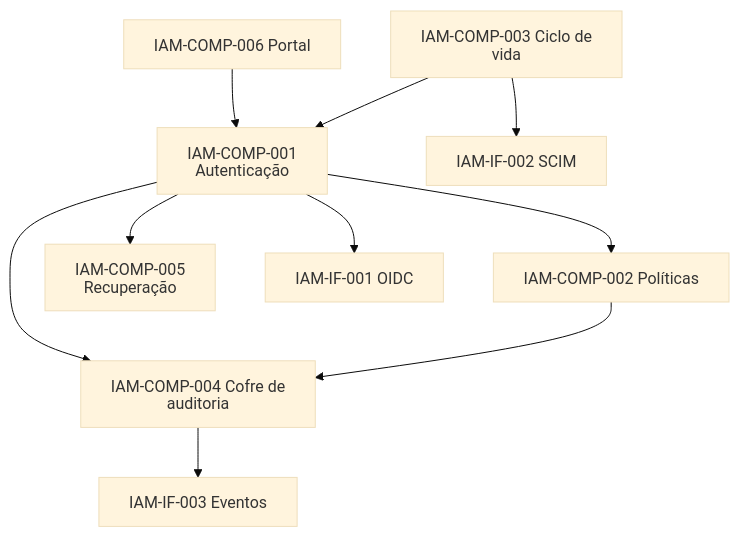
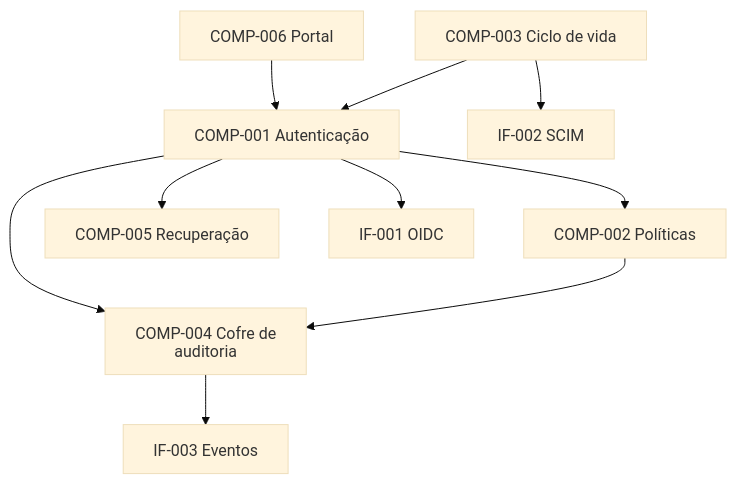
One commit to lsbjordao/quarto-needs changed the second of 3 diagrams in examples/book/diagrams.qmd. Above: the diagram before and after it, drawn with Mermaid (base theme). The commit also changed other lines of this file, not shown here.

Commit message:
docs: remove redundant IAM prefixes from diagrams

````diff
--- a/examples/book/diagrams.qmd
+++ b/examples/book/diagrams.qmd
@@ -17,13 +17,13 @@
 ```{mermaid}
 %%{init: {"htmlLabels": false, "flowchart": {"htmlLabels": false}}}%%
 flowchart TB
-  Portal[IAM-COMP-006 Portal] --> Auth[IAM-COMP-001 Autenticação]
-  Auth --> Policy[IAM-COMP-002 Políticas]
-  Life[IAM-COMP-003 Ciclo de vida] --> Auth
-  Auth --> Recovery[IAM-COMP-005 Recuperação]
-  Auth --> Audit[IAM-COMP-004 Cofre de auditoria]
+  Portal[COMP-006 Portal] --> Auth[COMP-001 Autenticação]
+  Auth --> Policy[COMP-002 Políticas]
+  Life[COMP-003 Ciclo de vida] --> Auth
+  Auth --> Recovery[COMP-005 Recuperação]
+  Auth --> Audit[COMP-004 Cofre de auditoria]
   Policy --> Audit
-  Auth --> OIDC[IAM-IF-001 OIDC]
-  Life --> SCIM[IAM-IF-002 SCIM]
-  Audit --> Events[IAM-IF-003 Eventos]
+  Auth --> OIDC[IF-001 OIDC]
+  Life --> SCIM[IF-002 SCIM]
+  Audit --> Events[IF-003 Eventos]
 ```
````
